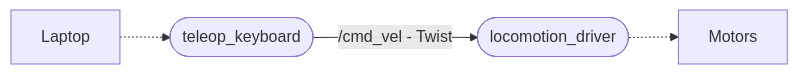
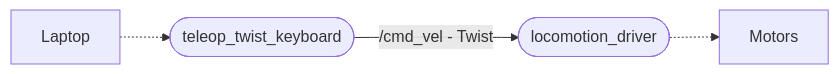
One commit to PICT-Robotics-23/Elephant-Robot changed the third of 5 diagrams in README.md. Above: the diagram before and after it, drawn with Mermaid. The commit also changed other lines of this file, not shown here.

````diff
--- a/README.md
+++ b/README.md
@@ -130,6 +148,6 @@
 ```mermaid
     flowchart LR
-    A([teleop_keyboard]) -- /cmd_vel - Twist--> B([locomotion_driver])
+    A([teleop_twist_keyboard]) -- /cmd_vel - Twist--> B([locomotion_driver])
     B -.-> Motors
     Laptop -.-> A
 ```
````
